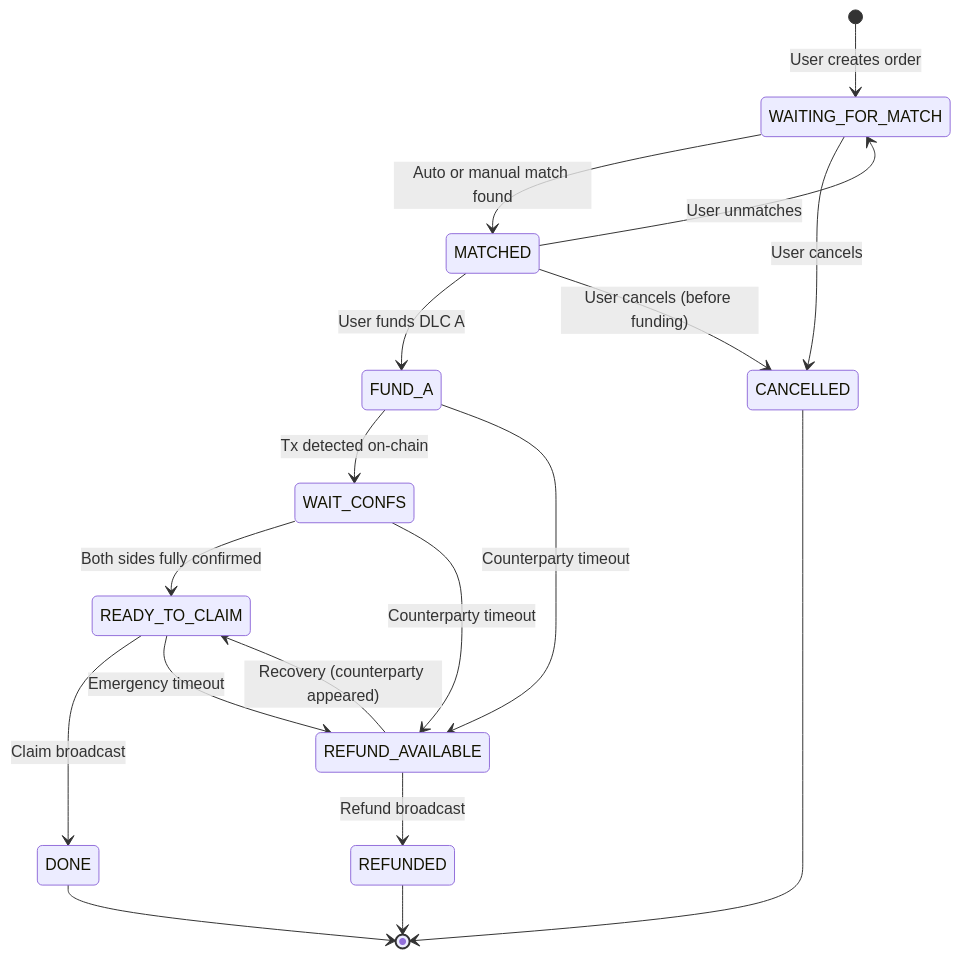
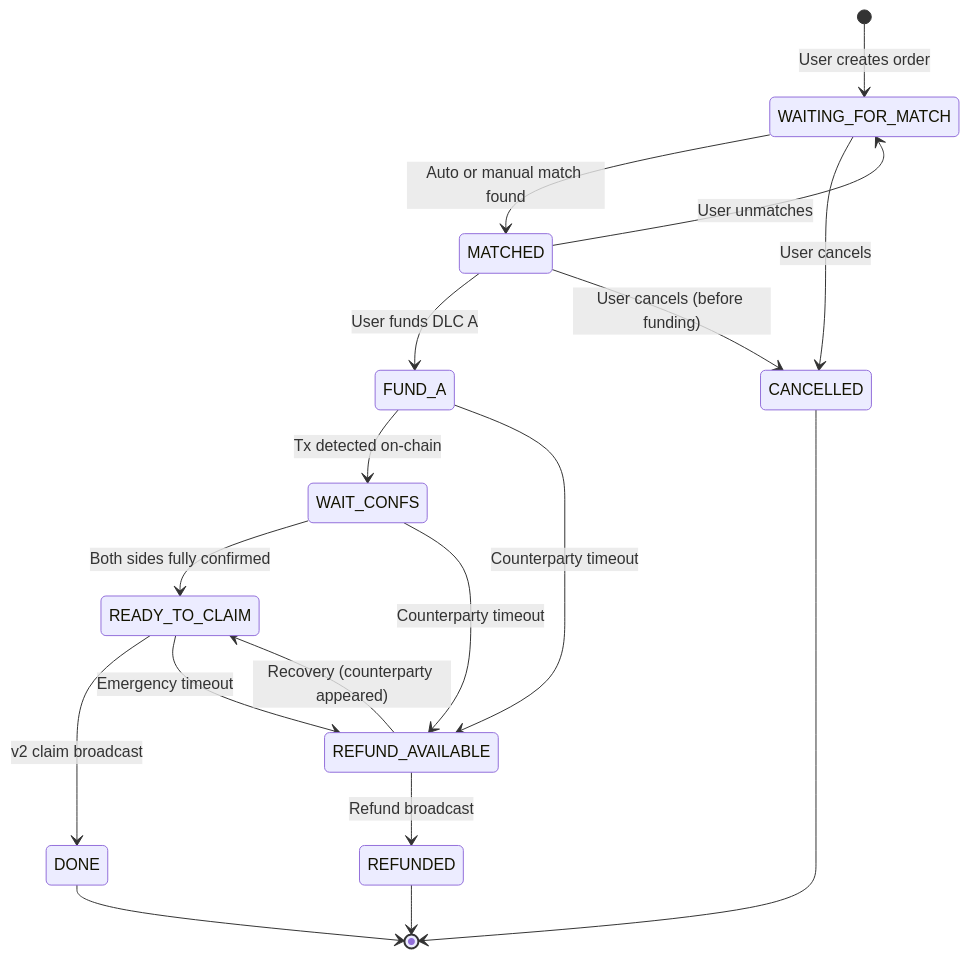
The first of 5 diagrams in README.md (the-lonely-bit/taproot-based_discreet_log_contracts), drawn with Mermaid before and after one commit. The commit also changed other lines of this file, not shown here.

````diff
--- a/README.md
+++ b/README.md
@@ -189,26 +233,26 @@
 ```mermaid
 stateDiagram-v2
     [*] --> WAITING_FOR_MATCH: User creates order
     WAITING_FOR_MATCH --> MATCHED: Auto or manual match found
     WAITING_FOR_MATCH --> CANCELLED: User cancels
 
     MATCHED --> FUND_A: User funds DLC A
     MATCHED --> WAITING_FOR_MATCH: User unmatches
     MATCHED --> CANCELLED: User cancels (before funding)
 
     FUND_A --> WAIT_CONFS: Tx detected on-chain
     FUND_A --> REFUND_AVAILABLE: Counterparty timeout
 
     WAIT_CONFS --> READY_TO_CLAIM: Both sides fully confirmed
     WAIT_CONFS --> REFUND_AVAILABLE: Counterparty timeout
 
-    READY_TO_CLAIM --> DONE: Claim broadcast
+    READY_TO_CLAIM --> DONE: v2 claim broadcast
     READY_TO_CLAIM --> REFUND_AVAILABLE: Emergency timeout
 
     REFUND_AVAILABLE --> REFUNDED: Refund broadcast
     REFUND_AVAILABLE --> READY_TO_CLAIM: Recovery (counterparty appeared)
 
     DONE --> [*]
     REFUNDED --> [*]
     CANCELLED --> [*]
 ```
````
